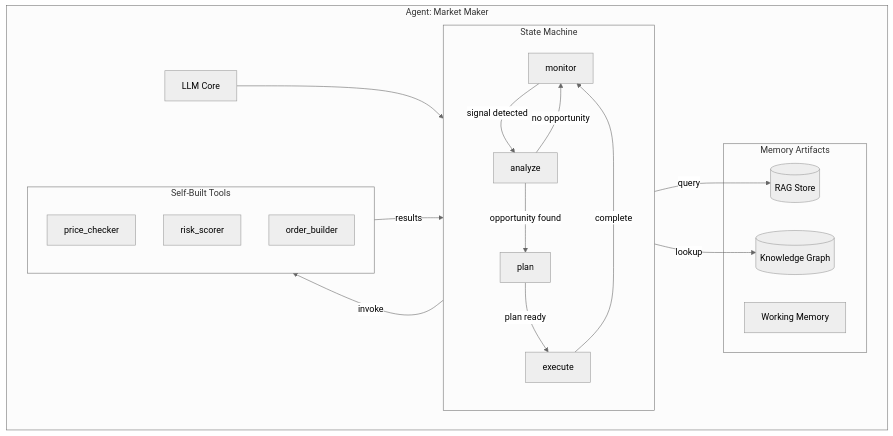
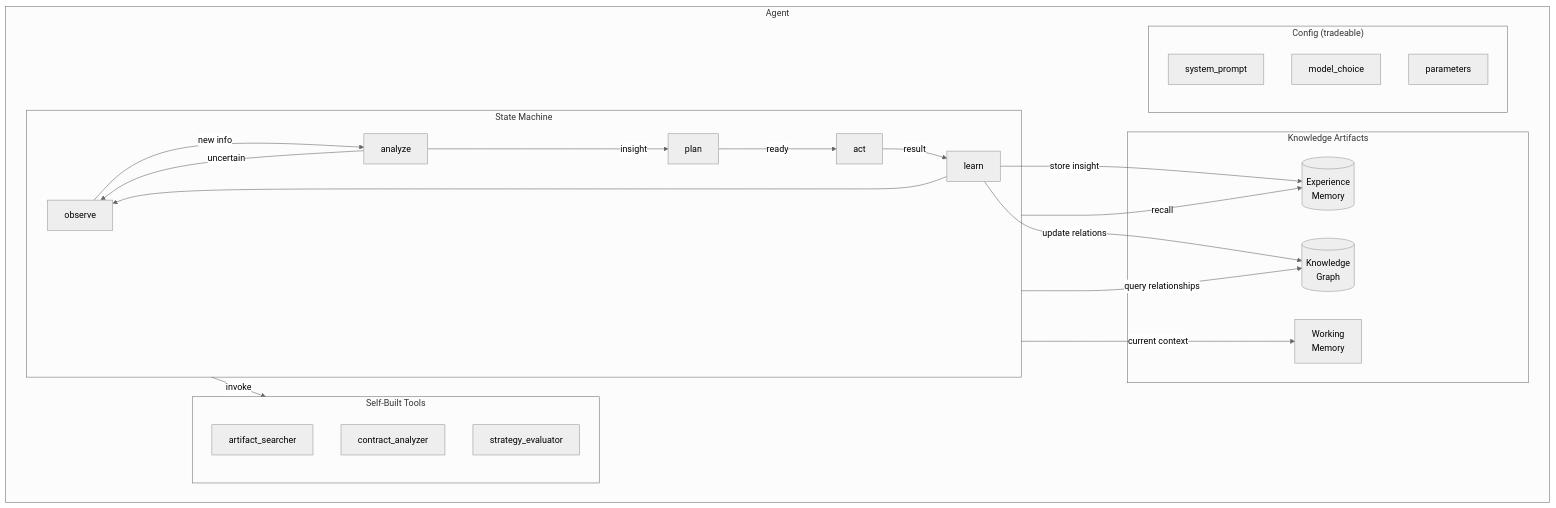
One commit to BrianMills2718/agent_ecology2 changed the first of 3 diagrams in docs/DIAGRAMS_DRAFT.md. Above: the diagram before and after it, drawn with Mermaid (neutral theme). The commit also changed other lines of this file, not shown here.

First line of the commit message:
Update diagrams: focus on capability-building capital structure

````diff
--- a/docs/DIAGRAMS_DRAFT.md
+++ b/docs/DIAGRAMS_DRAFT.md
@@ -7,32 +7,38 @@
 ```mermaid
 graph TD
-    subgraph Agent["Agent: Market Maker"]
-        LLM[LLM Core]
-
+    subgraph Agent["Agent"]
         subgraph Workflow["State Machine"]
-            S1[monitor] -->|signal detected| S2[analyze]
-            S2 -->|opportunity found| S3[plan]
-            S3 -->|plan ready| S4[execute]
-            S4 -->|complete| S1
-            S2 -->|no opportunity| S1
+            S1[observe] -->|"new info"| S2[analyze]
+            S2 -->|"insight"| S3[plan]
+            S3 -->|"ready"| S4[act]
+            S4 -->|"result"| S5[learn]
+            S5 --> S1
+            S2 -->|"uncertain"| S1
         end
 
-        subgraph Memory["Memory Artifacts"]
-            RAG[(RAG Store)]
-            KG[(Knowledge Graph)]
-            Work[Working Memory]
+        subgraph Knowledge["Knowledge Artifacts"]
+            RAG[(Experience<br/>Memory)]
+            KG[(Knowledge<br/>Graph)]
+            Work[Working<br/>Memory]
         end
 
         subgraph Tools["Self-Built Tools"]
-            T1[price_checker]
-            T2[risk_scorer]
-            T3[order_builder]
+            T1[artifact_searcher]
+            T2[contract_analyzer]
+            T3[strategy_evaluator]
         end
 
-        LLM --> Workflow
-        Workflow -->|query| RAG
-        Workflow -->|lookup| KG
-        Workflow -->|invoke| Tools
-        Tools -->|results| Workflow
+        subgraph Config["Config (tradeable)"]
+            Prompt[system_prompt]
+            Model[model_choice]
+            Params[parameters]
+        end
+
+        Workflow -->|"recall"| RAG
+        Workflow -->|"query relationships"| KG
+        Workflow -->|"current context"| Work
+        Workflow -->|"invoke"| Tools
+        S5 -->|"store insight"| RAG
+        S5 -->|"update relations"| KG
     end
 ```
````
